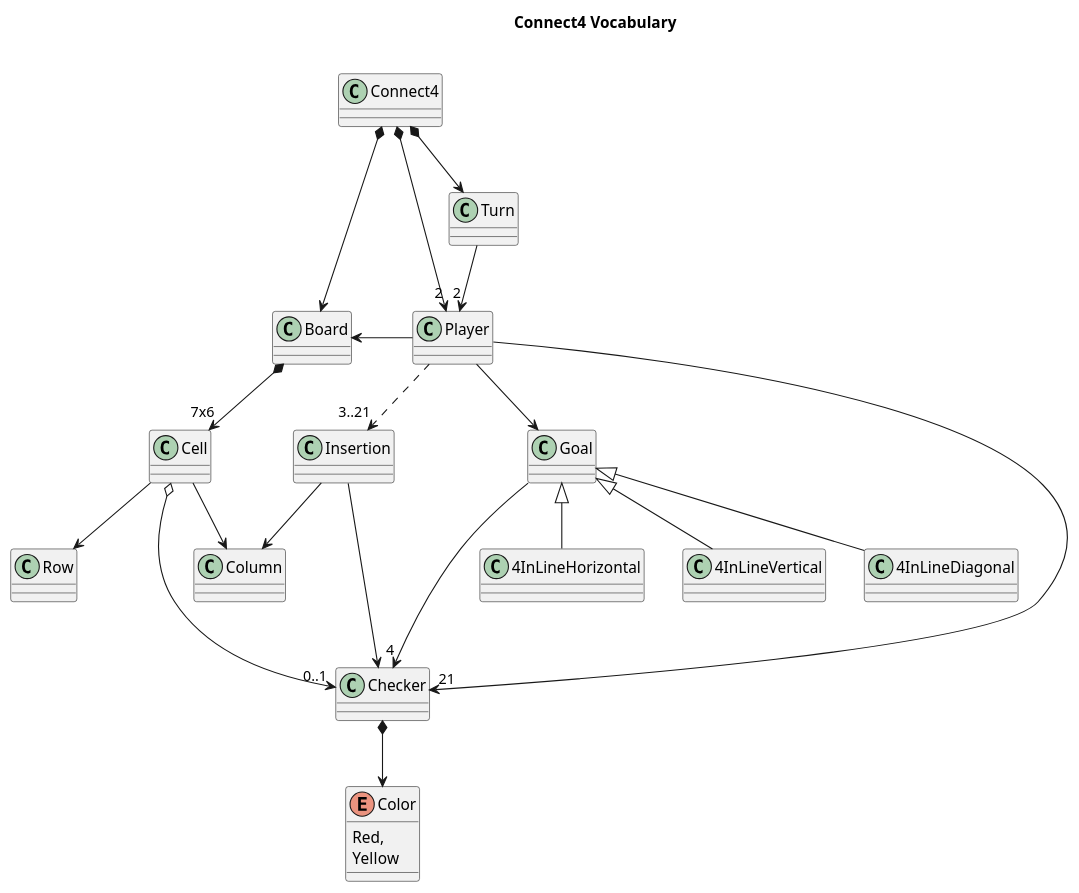
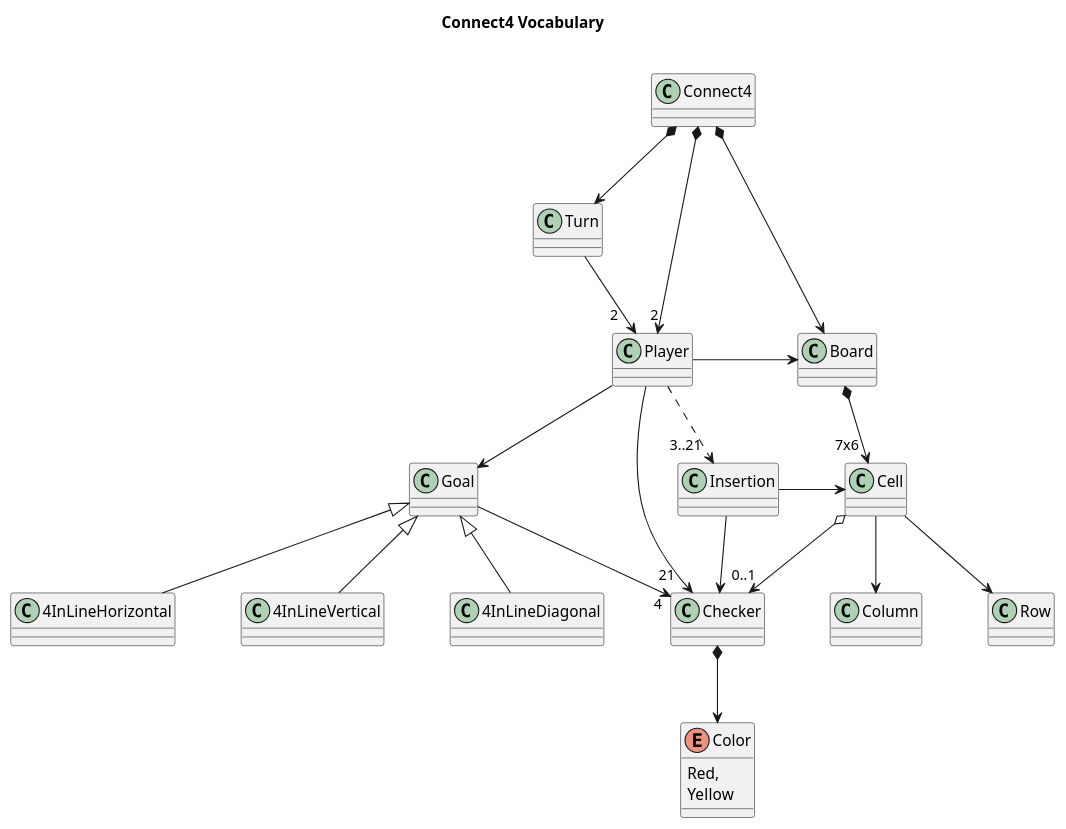
One commit to USantaTecla-ed-mpds/lab-boole changed the diagram in software/game-connect4/docs/connect4--vocabulary.puml. Above: the diagram before and after it, drawn with PlantUML.

Commit message:
Connect4: Update Vocabulary

```diff
--- a/software/game-connect4/docs/connect4--vocabulary.puml
+++ b/software/game-connect4/docs/connect4--vocabulary.puml
@@ -1,48 +1,50 @@
 @startuml connect4--vocabulary
 
+skinparam nodesep 60
+skinparam ranksep 70
 
 title Connect4 Vocabulary \n
 
 class Connect4
 class Turn
 class Player
 class Board
 class Cell
 class Checker
 enum Color {
     Red,
     Yellow
 }
 class Insertion
 class Goal
 class 4InLineHorizontal
 class 4InLineVertical
 class 4InLineDiagonal
 
 Connect4 *--> Turn
-Connect4 *--> "    2" Player
+Connect4 *-d-> "2" Player
 Connect4 *--> Board
 
-Turn --> " 2" Player
-Player ---> "21" Checker
+Turn --> "2   " Player
+Player -d-> " 21  " Checker
 Player --> Goal
-Player ..> "3..21" Insertion
-Player -l-> Board
+Player ..> "3..21 " Insertion
+Player -r-> Board
 
-Board *-d-> "7x6" Cell
-Cell o-r-> "0..1" Checker
-Cell --> Column
+Board *-d-> "7x6 " Cell
+Cell o--> "0..1" Checker
+Cell -d-> Column
 Cell --> Row
 
 Checker *--> Color
-Insertion ---> Checker
-Insertion --> Column
+Insertion --> Checker
+Insertion -r--> Cell
 
-Goal --> "  4" Checker
+Goal -r-> "4" Checker
 Goal <|-down- 4InLineHorizontal
 Goal <|-down- 4InLineVertical
 Goal <|-down- 4InLineDiagonal
 
 
 
 @enduml
```
